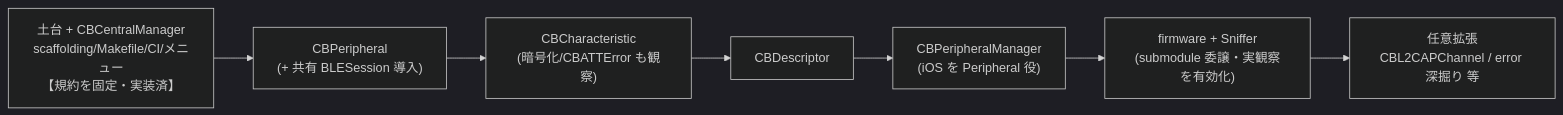
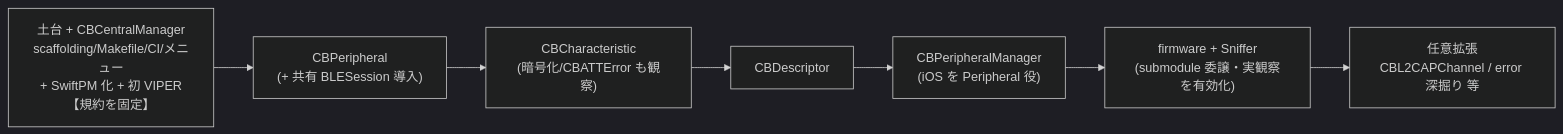
One commit to kokiTakashiki/CoreBluetoothPlayground changed the sixth of 10 diagrams in docs/IMPLEMENTATION_PLAN.md. Above: the diagram before and after it, drawn with Mermaid (dark theme). The commit also changed other lines of this file and 18 other files, not shown here.

First line of the commit message:
PR1: SwiftPM 機能パッケージ + VIPER へ再編（CBCentralManager を初モジュール化）

````diff
--- a/docs/IMPLEMENTATION_PLAN.md
+++ b/docs/IMPLEMENTATION_PLAN.md
@@ -262,11 +285,11 @@
 ```mermaid
 graph LR
-    F["土台 + CBCentralManager<br/>scaffolding/Makefile/CI/メニュー<br/>【規約を固定・実装済】"]
+    F["土台 + CBCentralManager<br/>scaffolding/Makefile/CI/メニュー<br/>+ SwiftPM 化 + 初 VIPER<br/>【規約を固定】"]
     P["CBPeripheral<br/>(+ 共有 BLESession 導入)"]
     C["CBCharacteristic<br/>(暗号化/CBATTError も観察)"]
     D["CBDescriptor"]
     PM["CBPeripheralManager<br/>(iOS を Peripheral 役)"]
     FW["firmware + Sniffer<br/>(submodule 委譲・実観察を有効化)"]
     EXT["任意拡張<br/>CBL2CAPChannel / error 深掘り 等"]
     F --> P --> C --> D --> PM --> FW --> EXT
 ```
````
